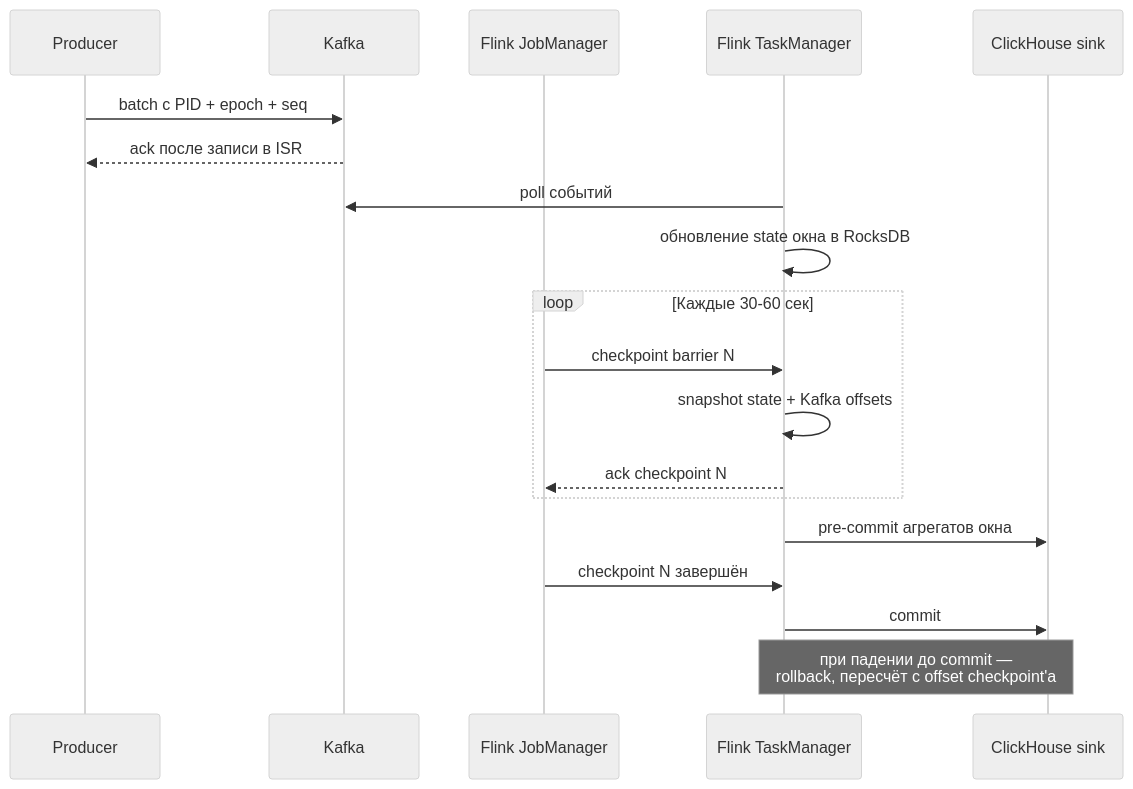
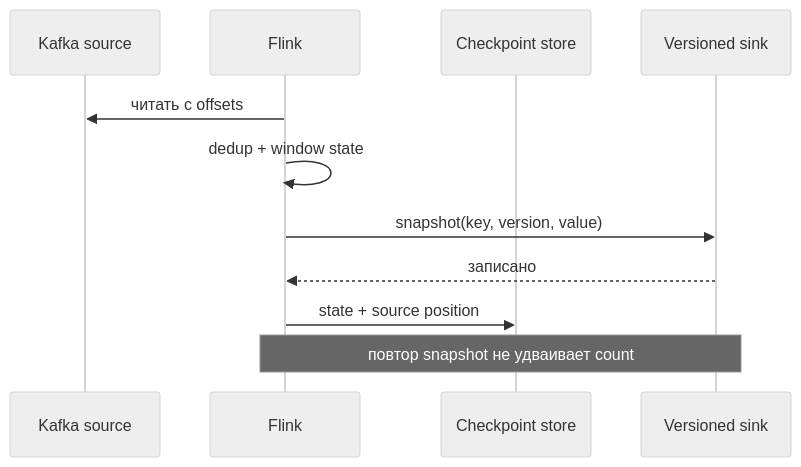
The third of 6 diagrams in 02-case-studies/ad-click-aggregation.md (AlohaJava/system-design-interview-chamkin), drawn with Mermaid (neutral theme) before and after one commit. The commit also changed other lines of this file and 49 other files, not shown here.

````diff
--- a/02-case-studies/ad-click-aggregation.md
+++ b/02-case-studies/ad-click-aggregation.md
@@ -307,22 +314,13 @@
 ```mermaid
 sequenceDiagram
-    participant P as Producer
-    participant K as Kafka
-    participant JM as Flink JobManager
-    participant TM as Flink TaskManager
-    participant CH as ClickHouse sink
-
-    P->>K: batch с PID + epoch + seq
-    K-->>P: ack после записи в ISR
-    TM->>K: poll событий
-    TM->>TM: обновление state окна в RocksDB
-    loop Каждые 30-60 сек
-        JM->>TM: checkpoint barrier N
-        TM->>TM: snapshot state + Kafka offsets
-        TM-->>JM: ack checkpoint N
-    end
-    TM->>CH: pre-commit агрегатов окна
-    JM->>TM: checkpoint N завершён
-    TM->>CH: commit
-    Note over TM,CH: при падении до commit —<br/>rollback, пересчёт с offset checkpoint'а
+    participant K as Kafka source
+    participant F as Flink
+    participant C as Checkpoint store
+    participant S as Versioned sink
+    F->>K: читать с offsets
+    F->>F: dedup + window state
+    F->>S: snapshot(key, version, value)
+    S-->>F: записано
+    F->>C: state + source position
+    Note over F,S: повтор snapshot не удваивает count
 ```
````
